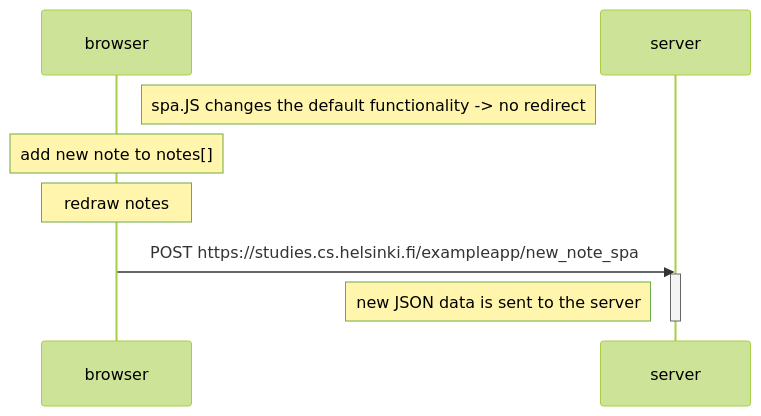
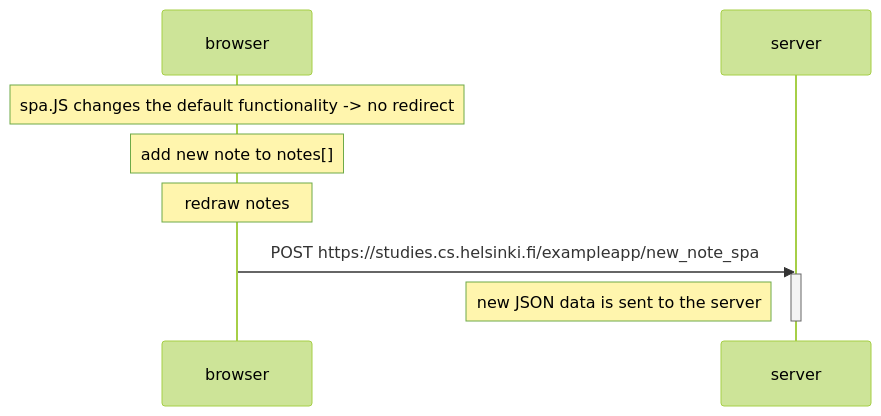
Before and after one commit to VeikkaND/fullstackopen-2023: the diagram in osa0/0-6.md, drawn with Mermaid (forest theme).

````diff
--- a/osa0/0-6.md
+++ b/osa0/0-6.md
@@ -1,14 +1,14 @@
 ```mermaid
 sequenceDiagram
     participant browser
     participant server
 
-    Note right of browser: spa.JS changes the default functionality -> no redirect
+    Note over browser: spa.JS changes the default functionality -> no redirect
     Note over browser: add new note to notes[]
     Note over browser: redraw notes
     browser->>server: POST https://studies.cs.helsinki.fi/exampleapp/new_note_spa
     activate server
     Note left of server: new JSON data is sent to the server 
     deactivate server
 
 ```
````
